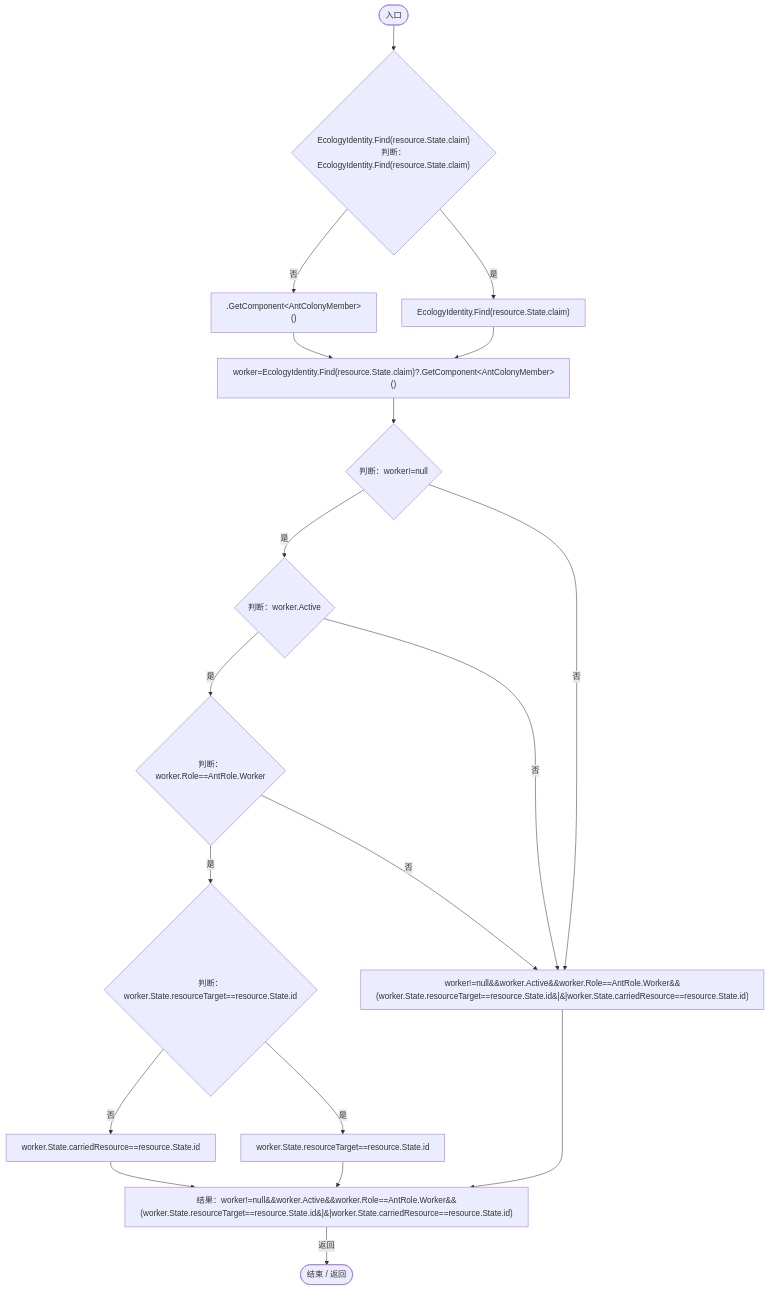
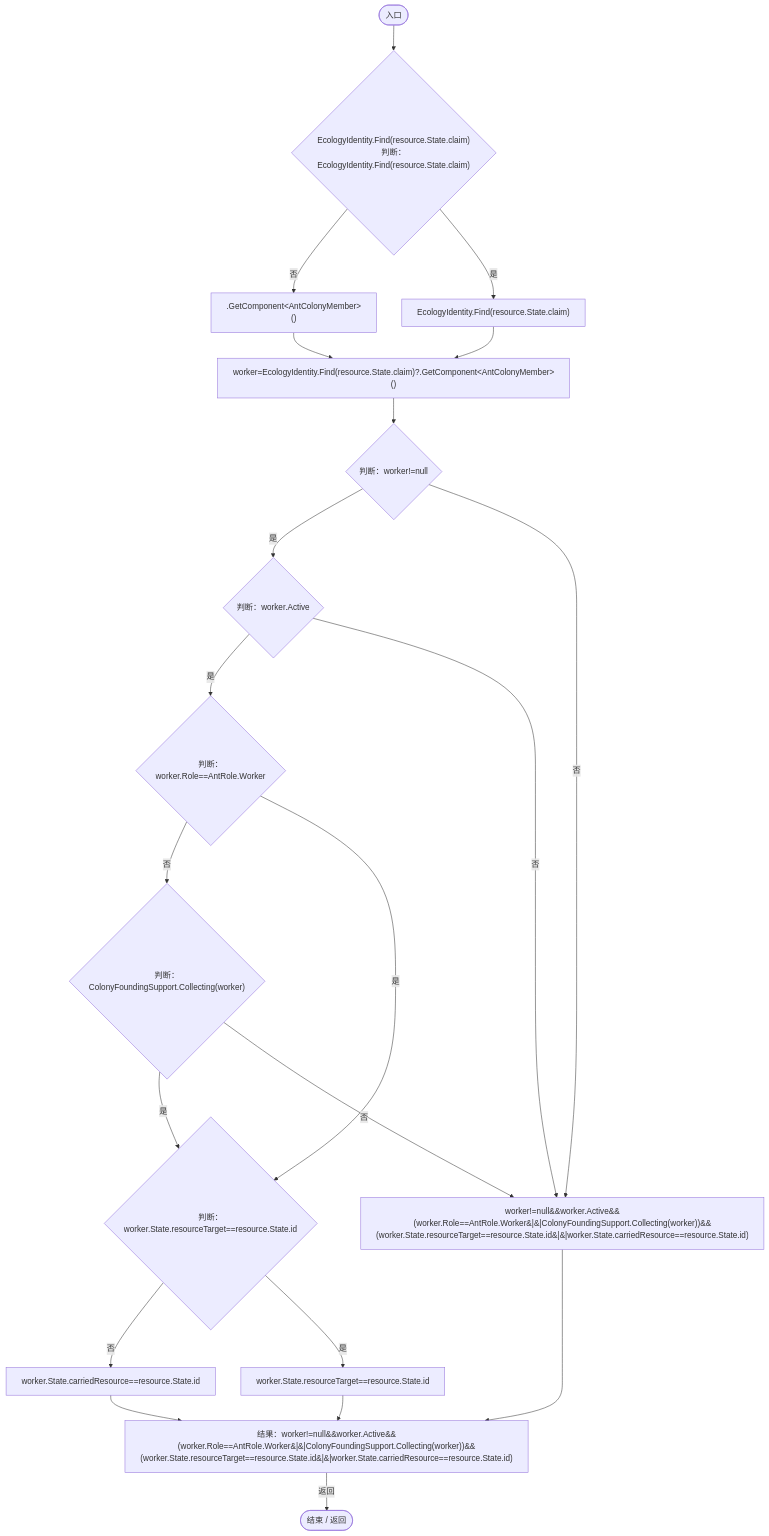
The second of 2 diagrams in Docs/运行流程图/脚本/f6ef68cc68f39eea.md (xhs6666/Darwin_paradise), drawn with Mermaid before and after one commit. The commit also changed other lines of this file and 233 other files, not shown here.

````diff
--- a/Docs/运行流程图/脚本/f6ef68cc68f39eea.md
+++ b/Docs/运行流程图/脚本/f6ef68cc68f39eea.md
@@ -62,36 +62,39 @@
 ```mermaid
 flowchart TD
   b0(["入口"])
   b1{"EcologyIdentity.Find(resource.State.claim)<br/>判断：EcologyIdentity.Find(resource.State.claim)"}
   b2[".GetComponent&lt;AntColonyMember&gt;()"]
   b3["EcologyIdentity.Find(resource.State.claim)"]
   b4["worker=EcologyIdentity.Find(resource.State.claim)?.GetComponent&lt;AntColonyMember&gt;()"]
   b5{"判断：worker!=null"}
   b6{"判断：worker.Active"}
   b7{"判断：worker.Role==AntRole.Worker"}
-  b8{"判断：worker.State.resourceTarget==resource.State.id"}
-  b9["worker.State.carriedResource==resource.State.id"]
-  b10["worker.State.resourceTarget==resource.State.id"]
-  b11["worker!=null&amp;&amp;worker.Active&amp;&amp;worker.Role==AntRole.Worker&amp;&amp;(worker.State.resourceTarget==resource.State.id&#124;&#124;worker.State.carriedResource==resource.State.id)"]
-  b12["结果：worker!=null&amp;&amp;worker.Active&amp;&amp;worker.Role==AntRole.Worker&amp;&amp;(worker.State.resourceTarget==resource.State.id&#124;&#124;worker.State.carriedResource==resource.State.id)"]
-  b13(["结束 / 返回"])
+  b8{"判断：ColonyFoundingSupport.Collecting(worker)"}
+  b9{"判断：worker.State.resourceTarget==resource.State.id"}
+  b10["worker.State.carriedResource==resource.State.id"]
+  b11["worker.State.resourceTarget==resource.State.id"]
+  b12["worker!=null&amp;&amp;worker.Active&amp;&amp;(worker.Role==AntRole.Worker&#124;&#124;ColonyFoundingSupport.Collecting(worker))&amp;&amp;(worker.State.resourceTarget==resource.State.id&#124;&#124;worker.State.carriedResource==resource.State.id)"]
+  b13["结果：worker!=null&amp;&amp;worker.Active&amp;&amp;(worker.Role==AntRole.Worker&#124;&#124;ColonyFoundingSupport.Collecting(worker))&amp;&amp;(worker.State.resourceTarget==resource.State.id&#124;&#124;worker.State.carriedResource==resource.State.id)"]
+  b14(["结束 / 返回"])
   b0 --> b1
   b1 -->|"否"| b2
   b1 -->|"是"| b3
   b2 --> b4
   b3 --> b4
   b4 --> b5
   b5 -->|"是"| b6
-  b5 -->|"否"| b11
+  b5 -->|"否"| b12
   b6 -->|"是"| b7
-  b6 -->|"否"| b11
-  b7 -->|"是"| b8
-  b7 -->|"否"| b11
-  b8 -->|"否"| b9
-  b8 -->|"是"| b10
-  b9 --> b12
-  b10 --> b12
-  b11 --> b12
-  b12 -->|"返回"| b13
+  b6 -->|"否"| b12
+  b7 -->|"否"| b8
+  b7 -->|"是"| b9
+  b8 -->|"是"| b9
+  b8 -->|"否"| b12
+  b9 -->|"否"| b10
+  b9 -->|"是"| b11
+  b10 --> b13
+  b11 --> b13
+  b12 --> b13
+  b13 -->|"返回"| b14
 
 ```
````
